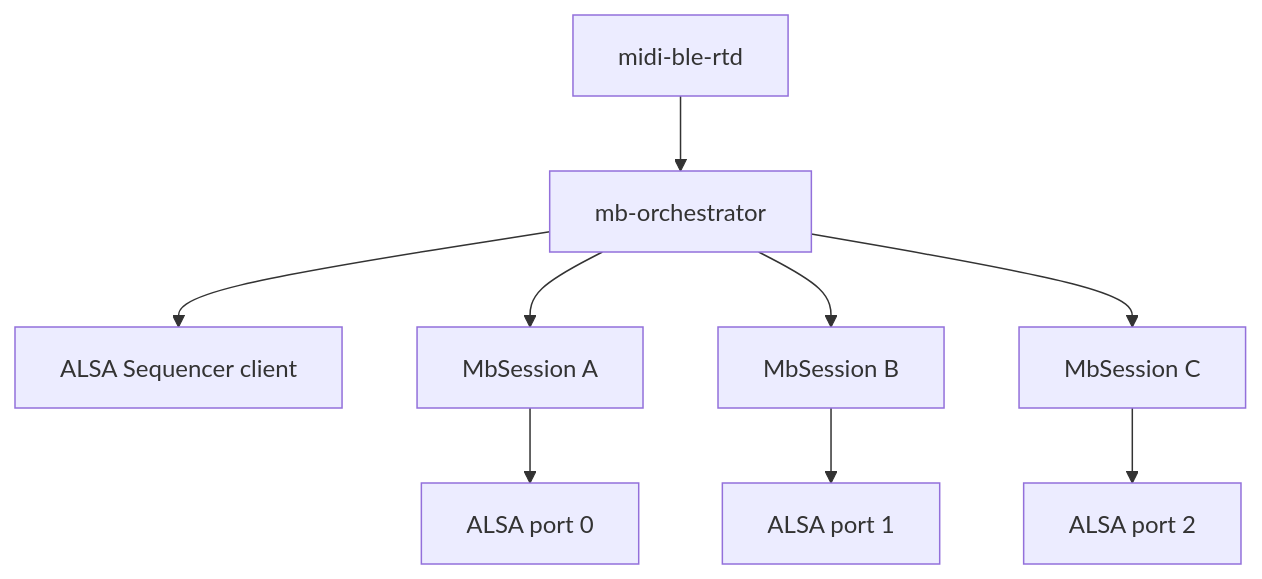
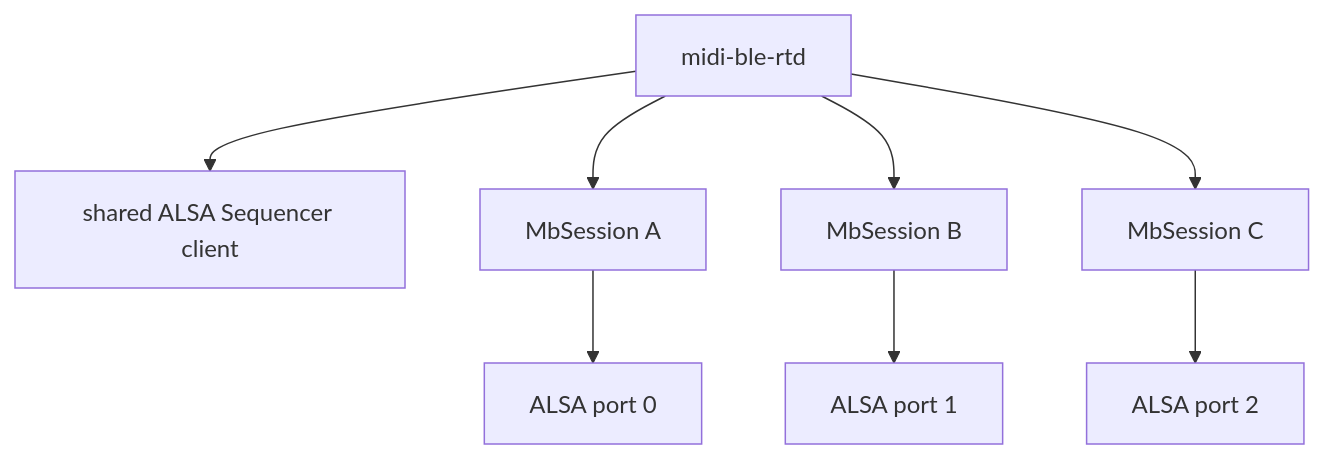
One commit to mwprado/midi-ble-rt changed the second of 3 diagrams in DEVELOPERS.md. Above: the diagram before and after it, drawn with Mermaid. The commit also changed other lines of this file, not shown here.

Commit message:
Refresh developer architecture notes after legacy removal

````diff
--- a/DEVELOPERS.md
+++ b/DEVELOPERS.md
@@ -84,16 +74,14 @@
 ```mermaid
 flowchart TB
     D[midi-ble-rtd]
-    O[mb-orchestrator]
-    A[ALSA Sequencer client]
+    A[shared ALSA Sequencer client]
 
-    D --> O
-    O --> A
-    O --> S1[MbSession A]
-    O --> S2[MbSession B]
-    O --> S3[MbSession C]
+    D --> A
+    D --> S1[MbSession A]
+    D --> S2[MbSession B]
+    D --> S3[MbSession C]
 
     S1 --> P1[ALSA port 0]
     S2 --> P2[ALSA port 1]
     S3 --> P3[ALSA port 2]
 ```
````
